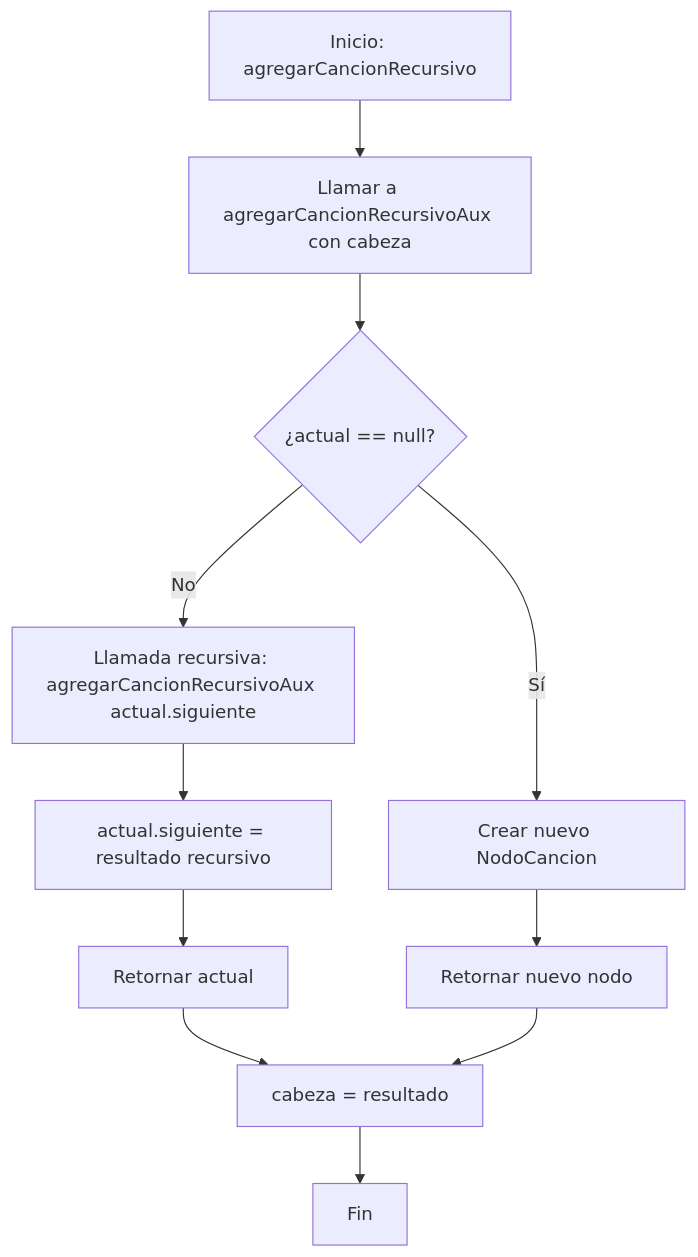
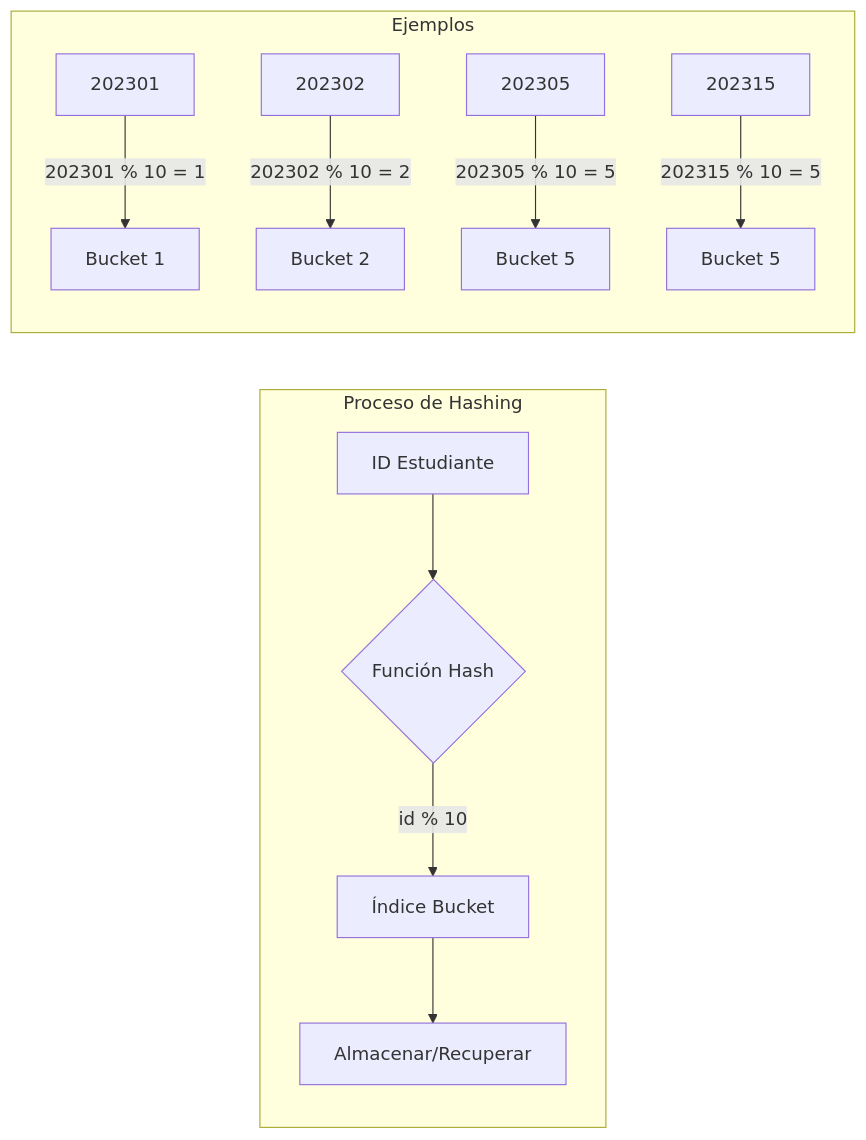
The second of 8 diagrams in MERMAID.md (rraulherediaa/PracticasEstructurasDatos), drawn with Mermaid before and after one commit. The commit also changed other lines of this file and 3 other files, not shown here.

Commit message:
Tarea 7: Implementación de Hashing y Diccionarios - Tabla Hash con encadenamiento para sistema de estudiantes

````diff
--- a/MERMAID.md
+++ b/MERMAID.md
@@ -102,13 +36,15 @@
 ```mermaid
-flowchart TD
-    A[Inicio: agregarCancionRecursivo] --> B[Llamar a agregarCancionRecursivoAux con cabeza]
-    B --> C{¿actual == null?}
-    C -->|Sí| D[Crear nuevo NodoCancion]
-    C -->|No| E[Llamada recursiva: agregarCancionRecursivoAux actual.siguiente]
-    E --> F[actual.siguiente = resultado recursivo]
-    F --> G[Retornar actual]
-    D --> H[Retornar nuevo nodo]
-    G --> I[cabeza = resultado]
-    H --> I
-    I --> J[Fin]
+flowchart LR
+    subgraph "Proceso de Hashing"
+        A[ID Estudiante] --> B{Función Hash}
+        B -->|id % 10| C[Índice Bucket]
+        C --> D[Almacenar/Recuperar]
+    end
+    
+    subgraph "Ejemplos"
+        E[202301] -->|202301 % 10 = 1| F[Bucket 1]
+        G[202302] -->|202302 % 10 = 2| H[Bucket 2]
+        I[202305] -->|202305 % 10 = 5| J[Bucket 5]
+        K[202315] -->|202315 % 10 = 5| L[Bucket 5]
+    end
 ```
````
